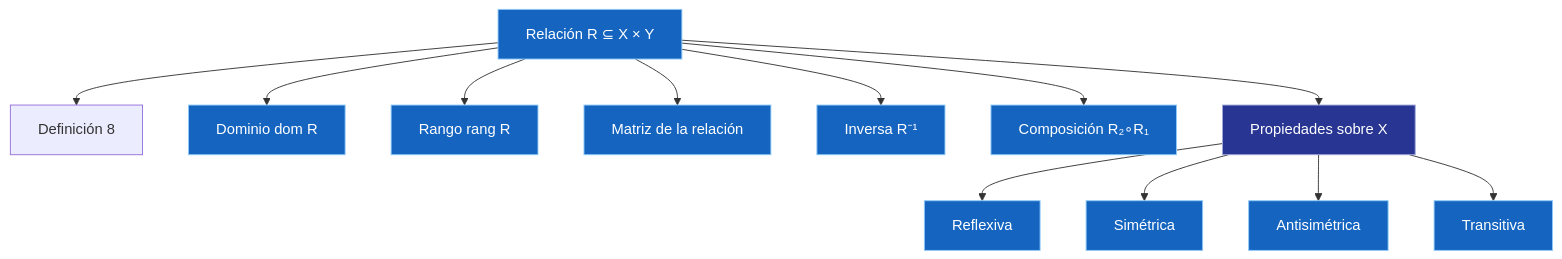
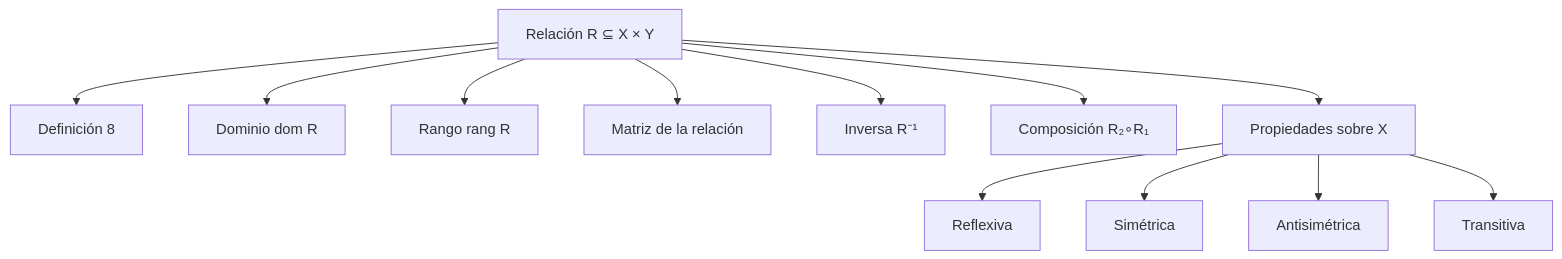
Before and after one commit to Fsteven22/Notas-ESPOL: the diagram in src/site/notes/Universidad/3er Semestre/Matemáticas Discretas/Unidad 2 - Funciones y Relaciones/02 - Relaciones.md, drawn with Mermaid. The commit also changed other lines of this file and 179 other files, not shown here.

````diff
--- a/src/site/notes/Universidad/3er Semestre/Matemáticas Discretas/Unidad 2 - Funciones y Relaciones/02 - Relaciones.md
+++ b/src/site/notes/Universidad/3er Semestre/Matemáticas Discretas/Unidad 2 - Funciones y Relaciones/02 - Relaciones.md
@@ -329,26 +318,15 @@
 ```mermaid
 graph TD
     A[Relación R ⊆ X × Y] --> B[Definición 8]
     A --> C[Dominio dom R]
     A --> D[Rango rang R]
     A --> E[Matriz de la relación]
     A --> F[Inversa R⁻¹]
     A --> G[Composición R₂∘R₁]
     A --> H[Propiedades sobre X]
     H --> H1[Reflexiva]
     H --> H2[Simétrica]
     H --> H3[Antisimétrica]
     H --> H4[Transitiva]
-    style A fill:#1565C0,color:#FFFFFF,stroke:#90CAF9,stroke-width:1px
-    style C fill:#1565C0,color:#FFFFFF,stroke:#90CAF9,stroke-width:1px
-    style D fill:#1565C0,color:#FFFFFF,stroke:#90CAF9,stroke-width:1px
-    style E fill:#1565C0,color:#FFFFFF,stroke:#90CAF9,stroke-width:1px
-    style F fill:#1565C0,color:#FFFFFF,stroke:#90CAF9,stroke-width:1px
-    style G fill:#1565C0,color:#FFFFFF,stroke:#90CAF9,stroke-width:1px
-    style H fill:#283593,color:#FFFFFF,stroke:#9FA8DA,stroke-width:1px
-    style H1 fill:#1565C0,color:#FFFFFF,stroke:#90CAF9,stroke-width:1px
-    style H2 fill:#1565C0,color:#FFFFFF,stroke:#90CAF9,stroke-width:1px
-    style H3 fill:#1565C0,color:#FFFFFF,stroke:#90CAF9,stroke-width:1px
-    style H4 fill:#1565C0,color:#FFFFFF,stroke:#90CAF9,stroke-width:1px
 
 ```
````
